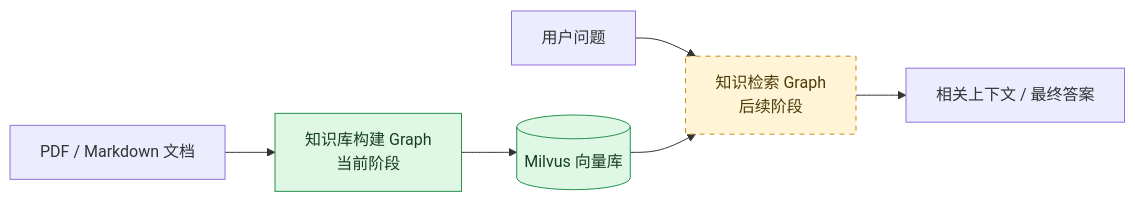
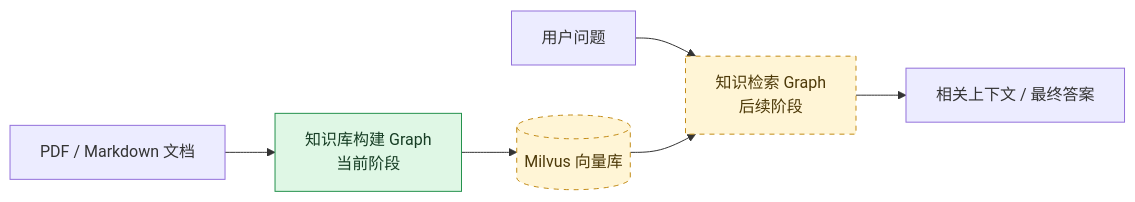
One commit to Tiiauo/RAGProject changed the first of 4 diagrams in README.md. Above: the diagram before and after it, drawn with Mermaid. The commit also changed other lines of this file and 12 other files, not shown here.

````diff
--- a/README.md
+++ b/README.md
@@ -21,13 +21,13 @@
 ```mermaid
 flowchart LR
     Source["PDF / Markdown 文档"] --> ImportGraph["知识库构建 Graph<br/>当前阶段"]
     ImportGraph --> VectorDB[("Milvus 向量库")]
     UserQuery["用户问题"] --> RetrievalGraph["知识检索 Graph<br/>后续阶段"]
     VectorDB --> RetrievalGraph
     RetrievalGraph --> Result["相关上下文 / 最终答案"]
 
     classDef current fill:#dff7e5,stroke:#24924d,color:#163d24
     classDef planned fill:#fff5d6,stroke:#c28b16,color:#4d3908,stroke-dasharray: 5 5
-    class ImportGraph,VectorDB current
-    class RetrievalGraph planned
+    class ImportGraph current
+    class VectorDB,RetrievalGraph planned
 ```
````
